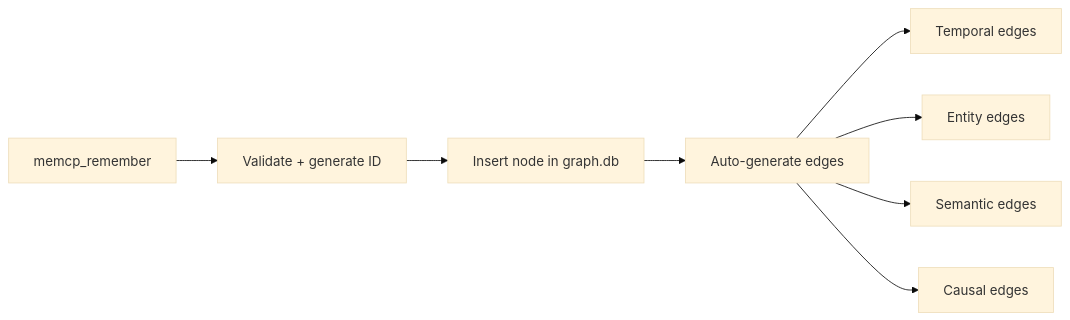
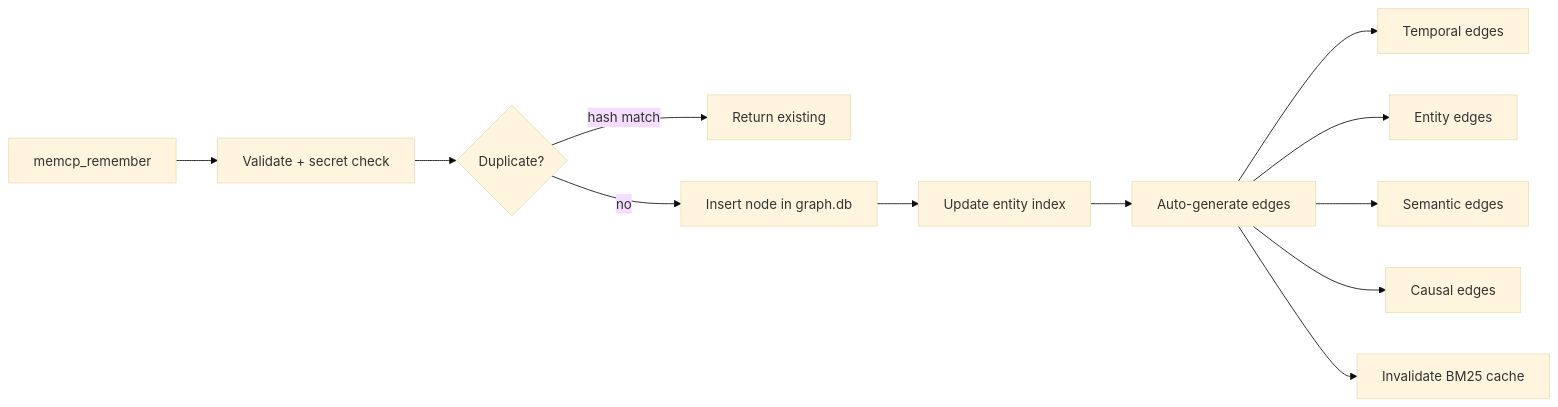
One commit to jeffborden/memcp-public changed the second of 7 diagrams in docs/ARCHITECTURE.md. Above: the diagram before and after it, drawn with Mermaid (base theme). The commit also changed other lines of this file and 5 other files, not shown here.

````diff
--- a/docs/ARCHITECTURE.md
+++ b/docs/ARCHITECTURE.md
@@ -47,10 +47,14 @@
 ```mermaid
 flowchart LR
-    A[memcp_remember] --> B[Validate + generate ID]
-    B --> C[Insert node in graph.db]
-    C --> D[Auto-generate edges]
+    A[memcp_remember] --> V[Validate + secret check]
+    V --> DD{Duplicate?}
+    DD -->|hash match| DUP[Return existing]
+    DD -->|no| C[Insert node in graph.db]
+    C --> EI[Update entity index]
+    EI --> D[Auto-generate edges]
     D --> D1[Temporal edges]
     D --> D2[Entity edges]
     D --> D3[Semantic edges]
     D --> D4[Causal edges]
+    D --> INV[Invalidate BM25 cache]
 ```
````
